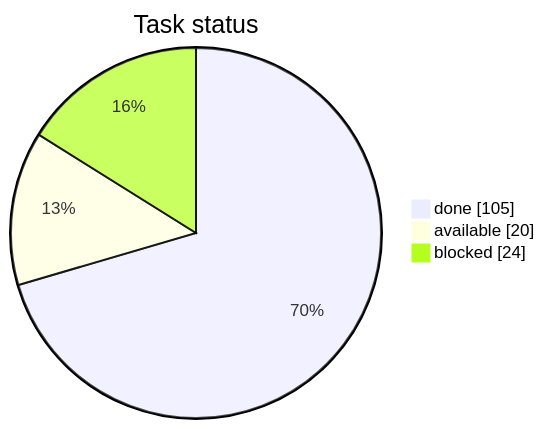
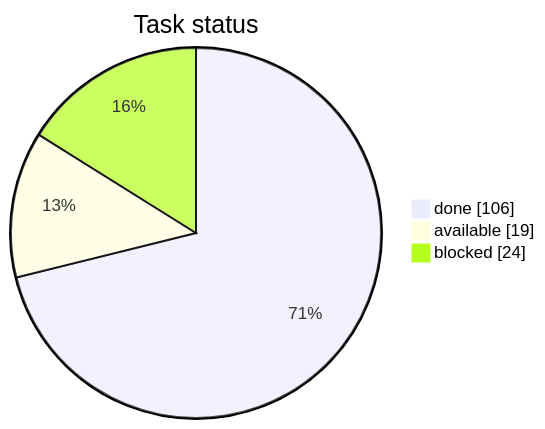
The first of 3 diagrams in STATUS.md (artemiiShabanov/RallyRivals), drawn with Mermaid before and after one commit. The commit also changed other lines of this file and 1 other file, not shown here.

Commit message:
tasks: mark code-meta-pinkslip done + sync STATUS

````diff
--- a/STATUS.md
+++ b/STATUS.md
@@ -7,7 +7,7 @@
 ```mermaid
 pie showData
     title Task status
-    "done" : 105
-    "available" : 20
+    "done" : 106
+    "available" : 19
     "blocked" : 24
 ```
````
